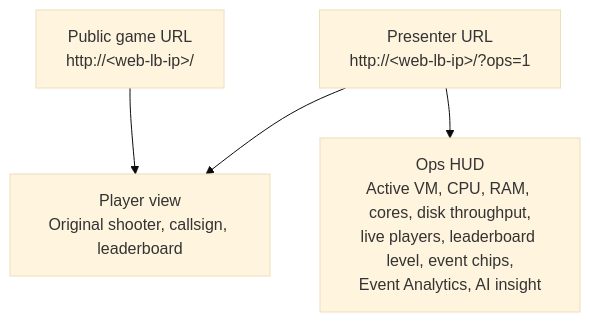
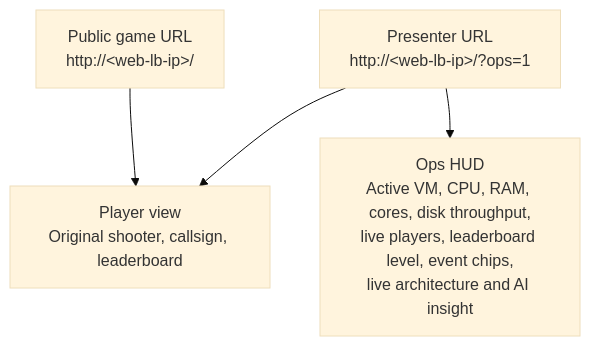
One commit to mr-ulusoy/oci-defense-grid-demo changed the second of 2 diagrams in docs/oci-defense-grid-wireframe.md. Above: the diagram before and after it, drawn with Mermaid (base theme). The commit also changed other lines of this file and 7 other files, not shown here.

````diff
--- a/docs/oci-defense-grid-wireframe.md
+++ b/docs/oci-defense-grid-wireframe.md
@@ -75,11 +75,11 @@
 ```mermaid
 flowchart TB
   publicUrl["Public game URL<br/>http://&lt;web-lb-ip&gt;/"]
   playerView["Player view<br/>Original shooter, callsign, leaderboard"]
   opsUrl["Presenter URL<br/>http://&lt;web-lb-ip&gt;/?ops=1"]
-  opsHud["Ops HUD<br/>Active VM, CPU, RAM, cores, disk throughput,<br/>live players, leaderboard level, event chips,<br/>Event Analytics, AI insight"]
+  opsHud["Ops HUD<br/>Active VM, CPU, RAM, cores, disk throughput,<br/>live players, leaderboard level, event chips,<br/>live architecture and AI insight"]
 
   publicUrl --> playerView
   opsUrl --> playerView
   opsUrl --> opsHud
 ```
````
